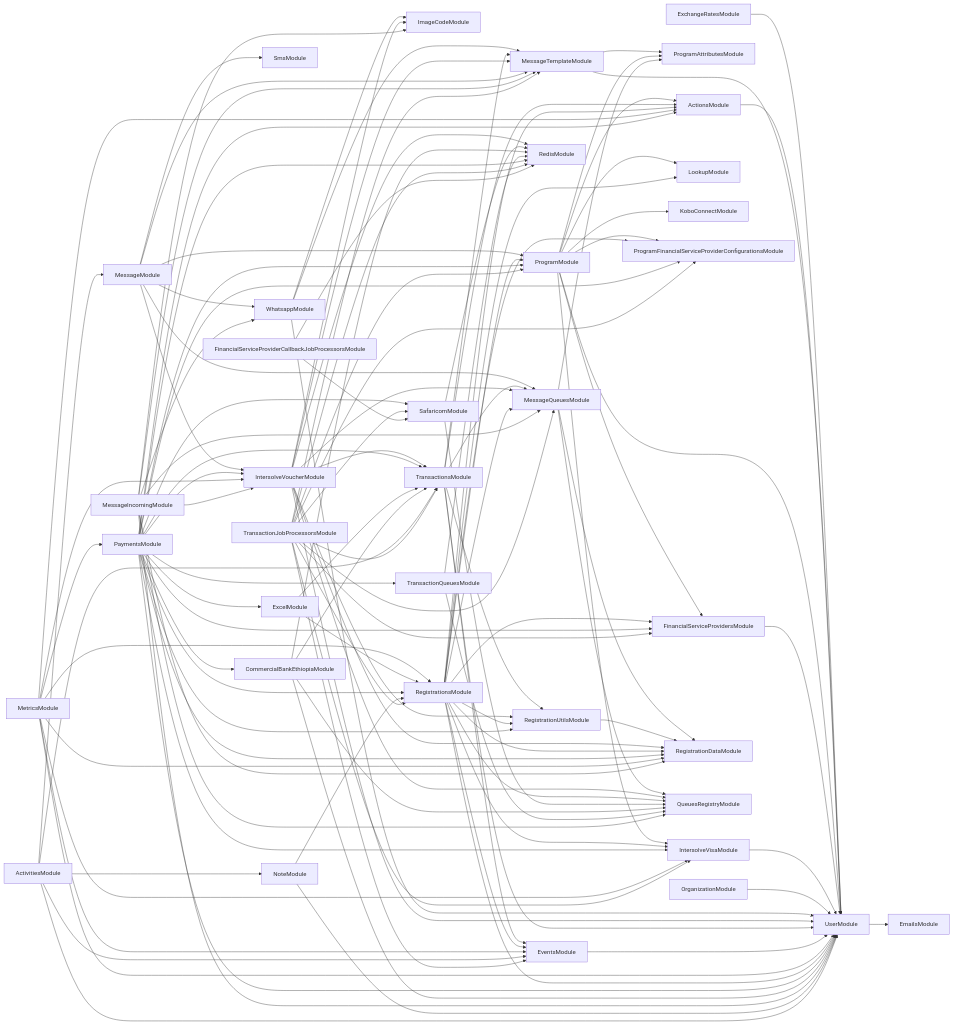
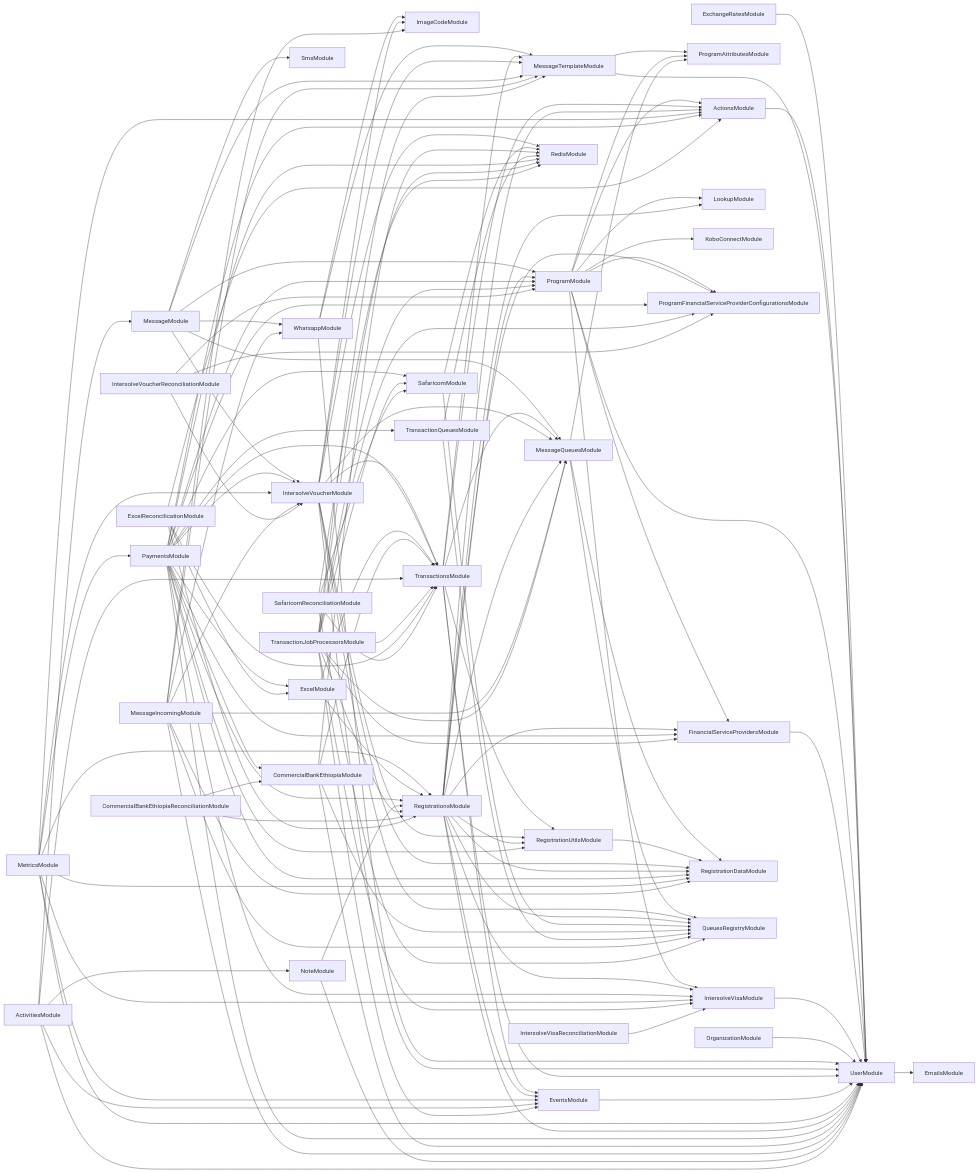
One commit to global-121/121-platform changed the diagram in services/121-service/module-dependencies.md. Above: the diagram before and after it, drawn with Mermaid. The commit also changed 45 other files, not shown here.

````diff
--- a/services/121-service/module-dependencies.md
+++ b/services/121-service/module-dependencies.md
@@ -119,6 +119,18 @@
   TransactionJobProcessorsModule-->FinancialServiceProvidersModule
   TransactionJobProcessorsModule-->EventsModule
   TransactionJobProcessorsModule-->MessageTemplateModule
-  FinancialServiceProviderCallbackJobProcessorsModule-->RedisModule
-  FinancialServiceProviderCallbackJobProcessorsModule-->SafaricomModule
+  CommercialBankEthiopiaReconciliationModule-->CommercialBankEthiopiaModule
+  CommercialBankEthiopiaReconciliationModule-->RegistrationsModule
+  ExcelReconcilicationModule-->ActionsModule
+  ExcelReconcilicationModule-->TransactionsModule
+  ExcelReconcilicationModule-->ExcelModule
+  ExcelReconcilicationModule-->RegistrationsModule
+  IntersolveVisaReconciliationModule-->IntersolveVisaModule
+  IntersolveVoucherReconciliationModule-->IntersolveVoucherModule
+  IntersolveVoucherReconciliationModule-->ProgramModule
+  IntersolveVoucherReconciliationModule-->ProgramFinancialServiceProviderConfigurationsModule
+  SafaricomReconciliationModule-->SafaricomModule
+  SafaricomReconciliationModule-->RedisModule
+  SafaricomReconciliationModule-->TransactionsModule
+  SafaricomReconciliationModule-->QueuesRegistryModule
 ```
````
